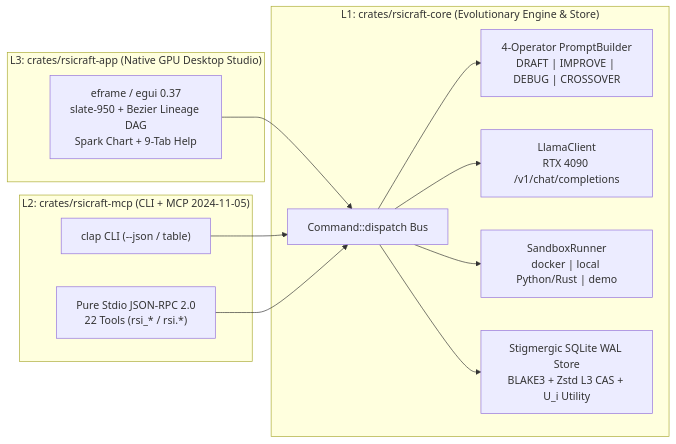
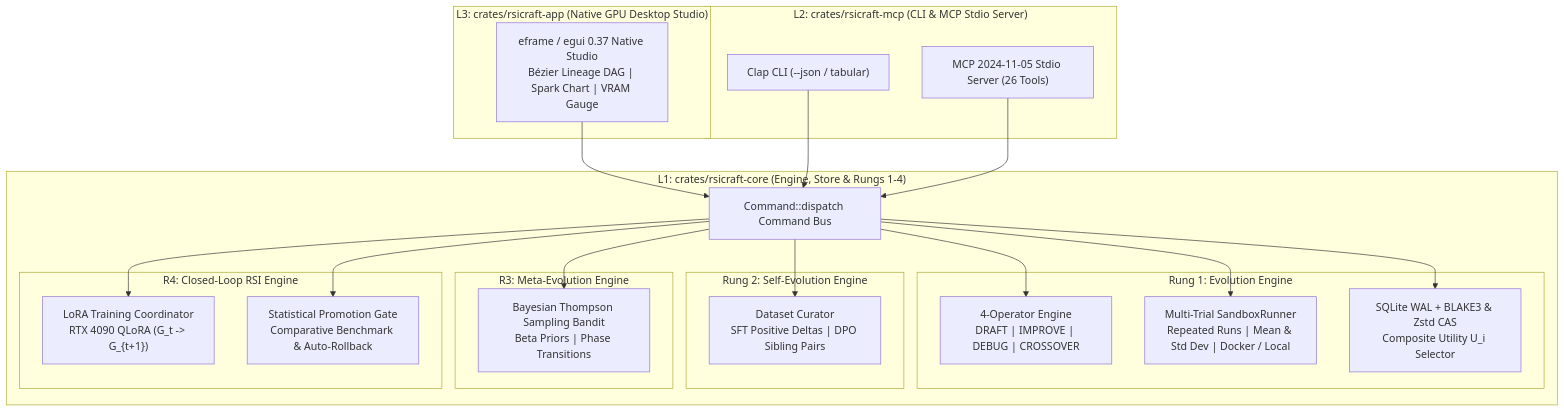
Before and after one commit to sandraschi/rsicraft: the diagram in docs/ARCHITECTURE.md, drawn with Mermaid. The commit also changed other lines of this file and 35 other files, not shown here.

First line of the commit message:
fix(core,app): honest training and promotion gate, worker-thread studio, store and sandbox hardening

````diff
--- a/docs/ARCHITECTURE.md
+++ b/docs/ARCHITECTURE.md
@@ -9,24 +11,46 @@
 ```mermaid
-flowchart LR
+flowchart TD
     subgraph L3["L3: crates/rsicraft-app (Native GPU Desktop Studio)"]
-        UI["eframe / egui 0.37\nslate-950 + Bezier Lineage DAG\nSpark Chart + 9-Tab Help"]
+        UI["eframe / egui 0.37 Native Studio\nBézier Lineage DAG | Spark Chart | VRAM Gauge"]
     end
-    subgraph L2["L2: crates/rsicraft-mcp (CLI + MCP 2024-11-05)"]
-        CLI["clap CLI (--json / table)"]
-        MCP["Pure Stdio JSON-RPC 2.0\n22 Tools (rsi_* / rsi.*)"]
+
+    subgraph L2["L2: crates/rsicraft-mcp (CLI & MCP Stdio Server)"]
+        CLI["Clap CLI (--json / tabular)"]
+        MCP["MCP 2024-11-05 Stdio Server (26 Tools)"]
     end
-    subgraph L1["L1: crates/rsicraft-core (Evolutionary Engine & Store)"]
-        BUS["Command::dispatch Bus"]
-        OPS["4-Operator PromptBuilder\nDRAFT | IMPROVE | DEBUG | CROSSOVER"]
-        LLM["LlamaClient\nRTX 4090 /v1/chat/completions"]
-        SBX["SandboxRunner\ndocker | local Python/Rust | demo"]
-        DB["Stigmergic SQLite WAL Store\nBLAKE3 + Zstd L3 CAS + U_i Utility"]
+
+    subgraph L1["L1: crates/rsicraft-core (Engine, Store & Rungs 1-4)"]
+        BUS["Command::dispatch Command Bus"]
+        
+        subgraph R1["Rung 1: Evolution Engine"]
+            OPS["4-Operator Engine\nDRAFT | IMPROVE | DEBUG | CROSSOVER"]
+            SBX["Multi-Trial SandboxRunner\nRepeated Runs | Mean & Std Dev | Docker / Local"]
+            CAS["SQLite WAL + BLAKE3 & Zstd CAS\nComposite Utility U_i Selector"]
+        end
+
+        subgraph R2["Rung 2: Self-Evolution Engine"]
+            DATA["Dataset Curator\nSFT Positive Deltas | DPO Sibling Pairs"]
+        end
+
+        subgraph R3["R3: Meta-Evolution Engine"]
+            BANDIT["Bayesian Thompson Sampling Bandit\nBeta Priors | Phase Transitions"]
+        end
+
+        subgraph R4["R4: Closed-Loop RSI Engine"]
+            TRAIN["LoRA Training Coordinator\nRTX 4090 QLoRA (G_t -> G_{t+1})"]
+            GATE["Statistical Promotion Gate\nComparative Benchmark & Auto-Rollback"]
+        end
     end
+
     UI --> BUS
     CLI --> BUS
     MCP --> BUS
+
     BUS --> OPS
-    BUS --> LLM
     BUS --> SBX
-    BUS --> DB
+    BUS --> CAS
+    BUS --> DATA
+    BUS --> BANDIT
+    BUS --> TRAIN
+    BUS --> GATE
 ```
````
